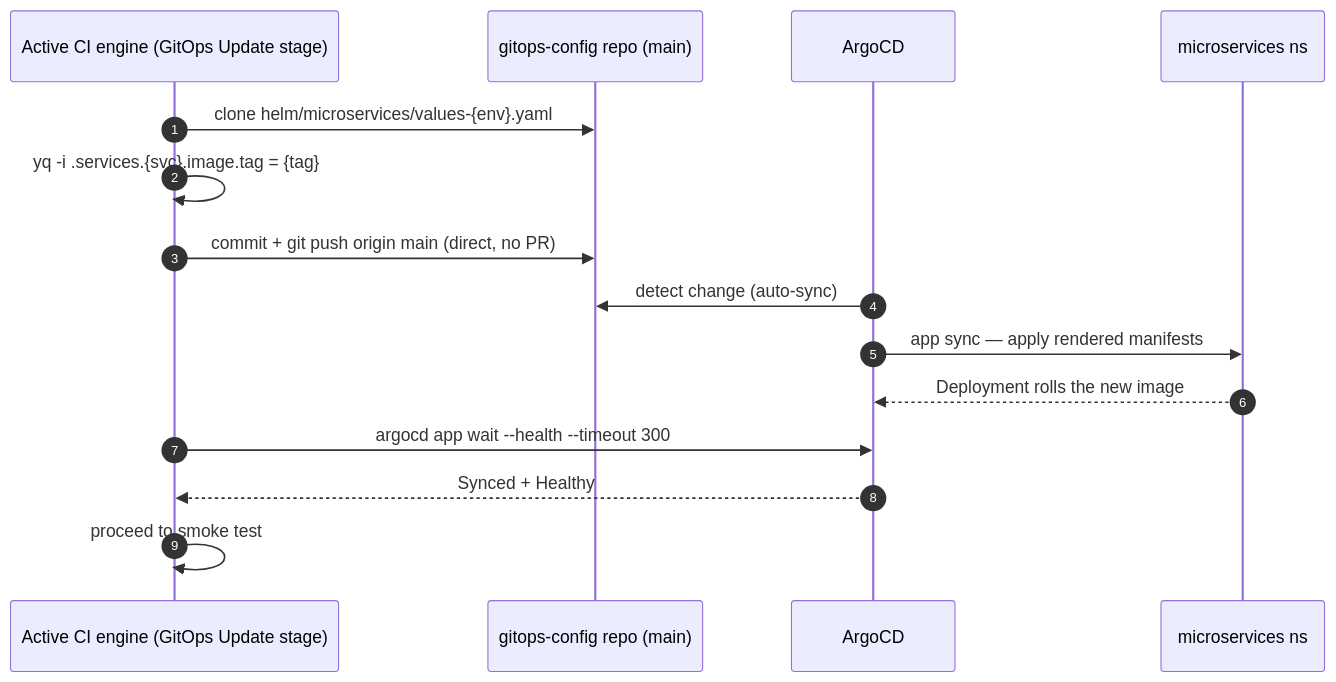
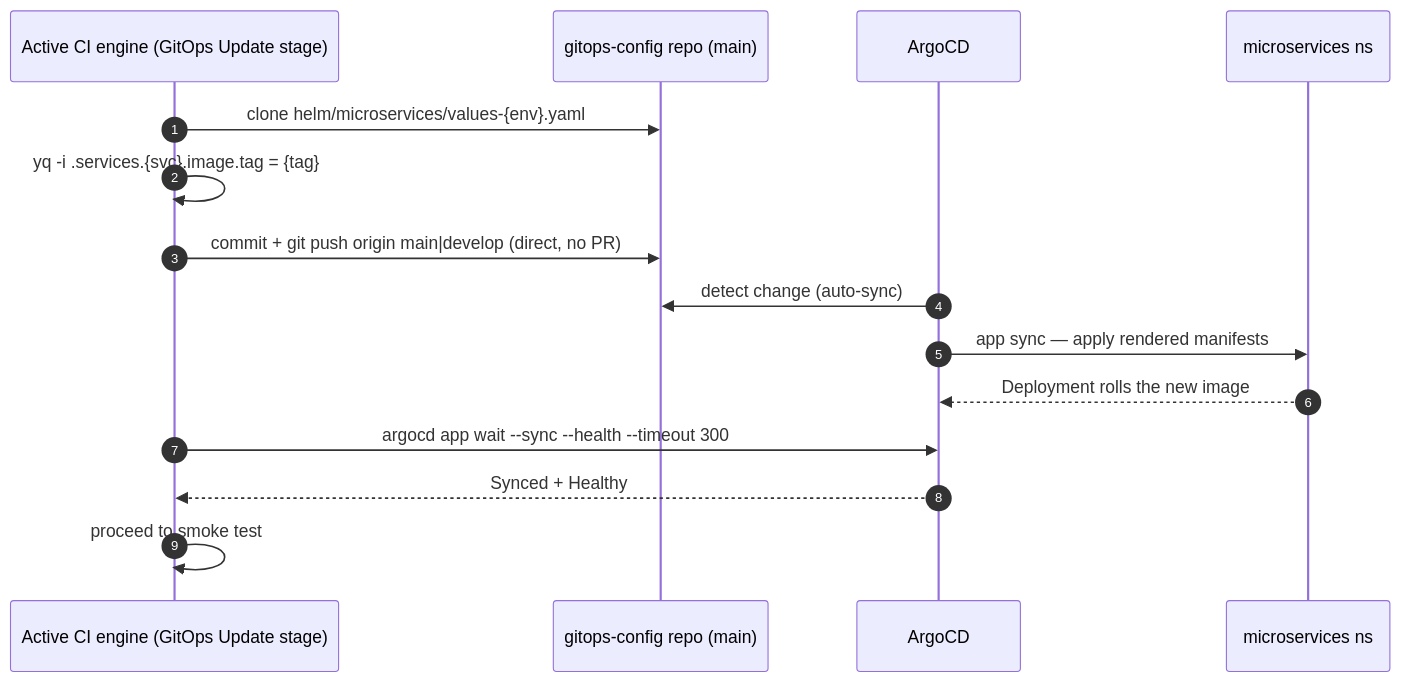
The third of 5 diagrams in docs/502-MICROSERVICES_GITOPS.md (nubenetes/jenkins-2026), drawn with Mermaid before and after one commit. The commit also changed other lines of this file and 48 other files, not shown here.

````diff
--- a/docs/502-MICROSERVICES_GITOPS.md
+++ b/docs/502-MICROSERVICES_GITOPS.md
@@ -155,17 +174,17 @@
 ```mermaid
 sequenceDiagram
   autonumber
   participant J as Active CI engine (GitOps Update stage)
   participant GO as gitops-config repo (main)
   participant AC as ArgoCD
   participant MS as microservices ns
   J->>GO: clone helm/microservices/values-{env}.yaml
   J->>J: yq -i .services.{svc}.image.tag = {tag}
-  J->>GO: commit + git push origin main (direct, no PR)
+  J->>GO: commit + git push origin main|develop (direct, no PR)
   AC->>GO: detect change (auto-sync)
   AC->>MS: app sync — apply rendered manifests
   MS-->>AC: Deployment rolls the new image
-  J->>AC: argocd app wait --health --timeout 300
+  J->>AC: argocd app wait --sync --health --timeout 300
   AC-->>J: Synced + Healthy
   J->>J: proceed to smoke test
 ```
````
